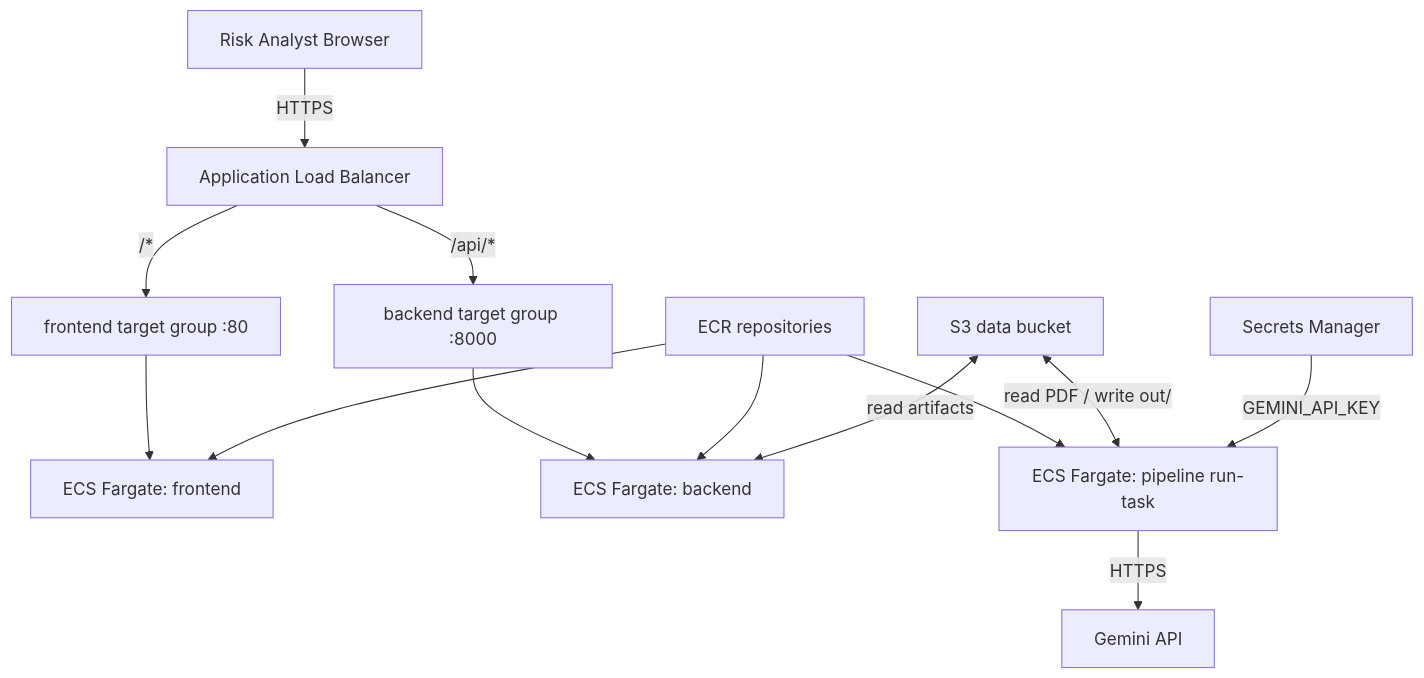
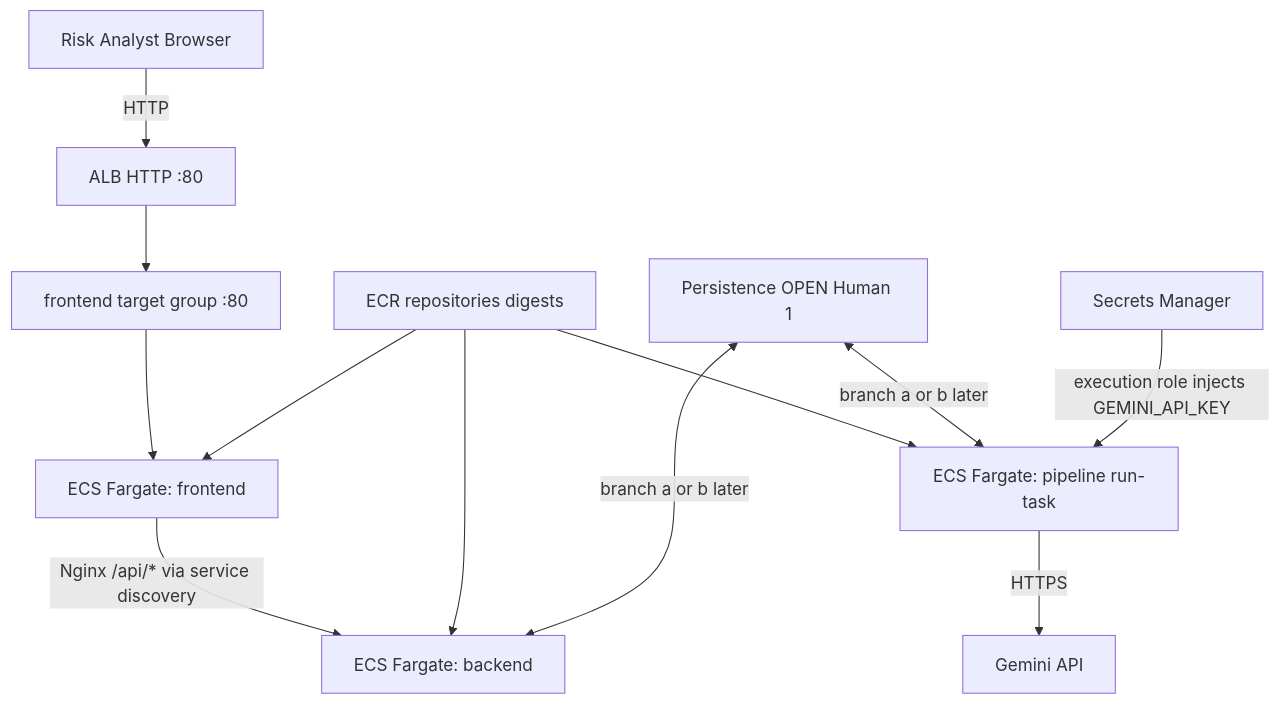
Before and after one commit to EnDisciple13/Covenant_Pipeline: the diagram in docs/platform-engineering/blueprints/PE_RM_Phase2.md, drawn with Mermaid. The commit also changed other lines of this file and 1 other file, not shown here.

````diff
--- a/docs/platform-engineering/blueprints/PE_RM_Phase2.md
+++ b/docs/platform-engineering/blueprints/PE_RM_Phase2.md
@@ -250,25 +286,24 @@
 ```mermaid
 flowchart TB
   user["Risk Analyst Browser"]
-  alb["Application Load Balancer"]
+  alb["ALB HTTP :80"]
   frontendTG["frontend target group :80"]
-  backendTG["backend target group :8000"]
   frontendTask["ECS Fargate: frontend"]
   backendTask["ECS Fargate: backend"]
   pipelineTask["ECS Fargate: pipeline run-task"]
-  ecr["ECR repositories"]
-  s3["S3 data bucket"]
+  ecr["ECR repositories digests"]
+  persist["Persistence OPEN Human 1"]
   secrets["Secrets Manager"]
   gemini["Gemini API"]
 
-  user -->|HTTPS| alb
-  alb -->|"/api/*"| backendTG --> backendTask
-  alb -->|"/*"| frontendTG --> frontendTask
+  user -->|HTTP| alb
+  alb --> frontendTG --> frontendTask
+  frontendTask -->|"Nginx /api/* via service discovery"| backendTask
   ecr --> frontendTask
   ecr --> backendTask
   ecr --> pipelineTask
-  s3 <-->|"read artifacts"| backendTask
-  s3 <-->|"read PDF / write out/"| pipelineTask
-  secrets -->|GEMINI_API_KEY| pipelineTask
+  persist <-->|"branch a or b later"| backendTask
+  persist <-->|"branch a or b later"| pipelineTask
+  secrets -->|"execution role injects GEMINI_API_KEY"| pipelineTask
   pipelineTask -->|HTTPS| gemini
 ```
````
